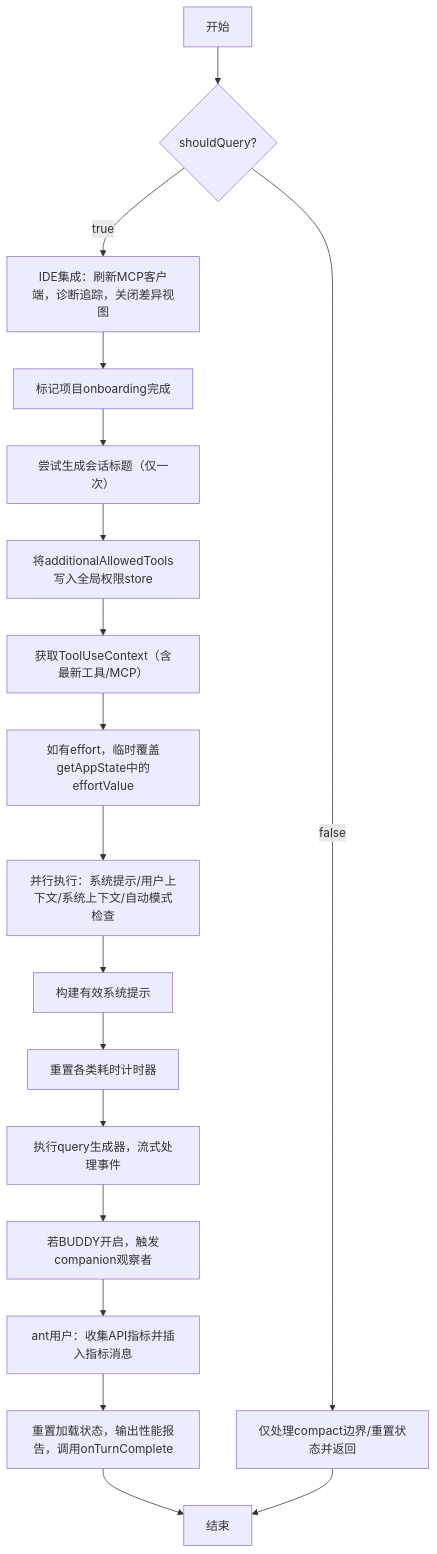
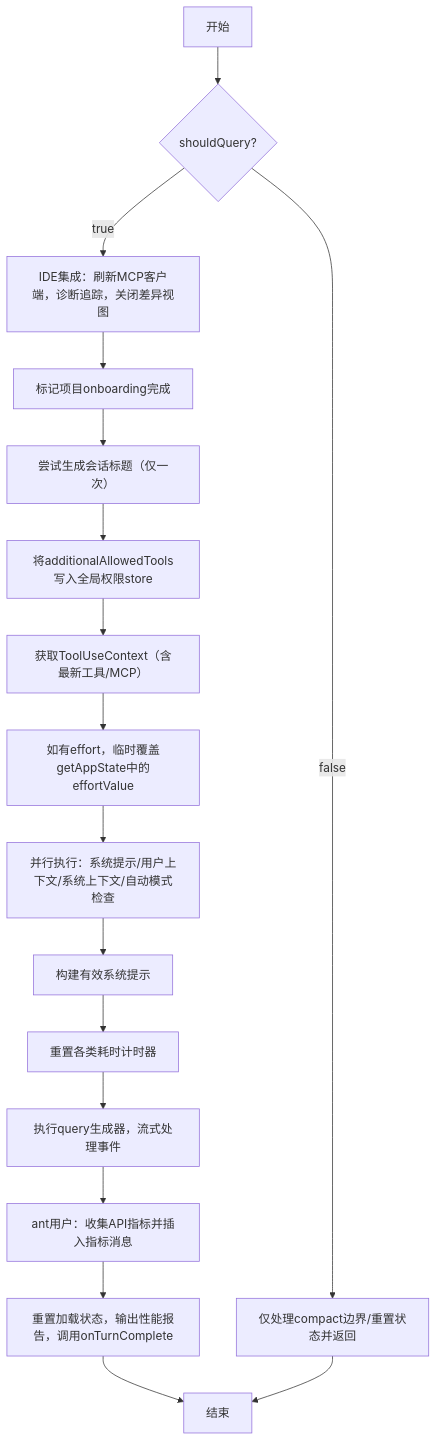
Before and after one commit to sweetcornna/open-claude-code: the diagram in docs/conversation/multi-turn.mdx, drawn with Mermaid. The commit also changed other lines of this file and 8 other files, not shown here.

````diff
--- a/docs/conversation/multi-turn.mdx
+++ b/docs/conversation/multi-turn.mdx
@@ -98,20 +98,19 @@
 ```mermaid
 graph TD
 A["开始"] --> B{shouldQuery?}
 B -- true --> C["IDE集成：刷新MCP客户端，诊断追踪，关闭差异视图"]
 B -- false --> D["仅处理compact边界/重置状态并返回"]
 C --> E["标记项目onboarding完成"]
 E --> F["尝试生成会话标题（仅一次）"]
 F --> G["将additionalAllowedTools写入全局权限store"]
 G --> H["获取ToolUseContext（含最新工具/MCP）"]
 H --> I["如有effort，临时覆盖getAppState中的effortValue"]
 I --> J["并行执行：系统提示/用户上下文/系统上下文/自动模式检查"]
 J --> K["构建有效系统提示"]
 K --> L["重置各类耗时计时器"]
 L --> M["执行query生成器，流式处理事件"]
-M --> N["若BUDDY开启，触发companion观察者"]
-N --> P["ant用户：收集API指标并插入指标消息"]
+M --> P["ant用户：收集API指标并插入指标消息"]
 P --> Q["重置加载状态，输出性能报告，调用onTurnComplete"]
 Q --> R["结束"]
 D --> R
 ```
````
